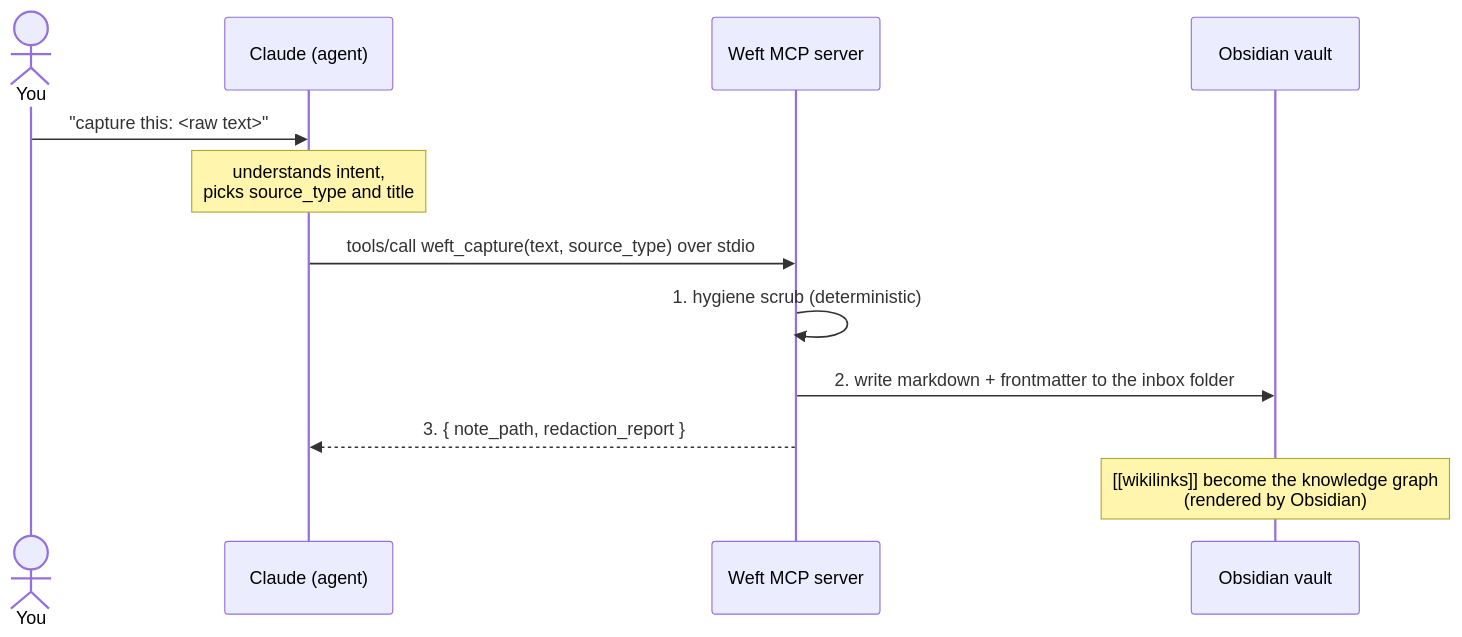
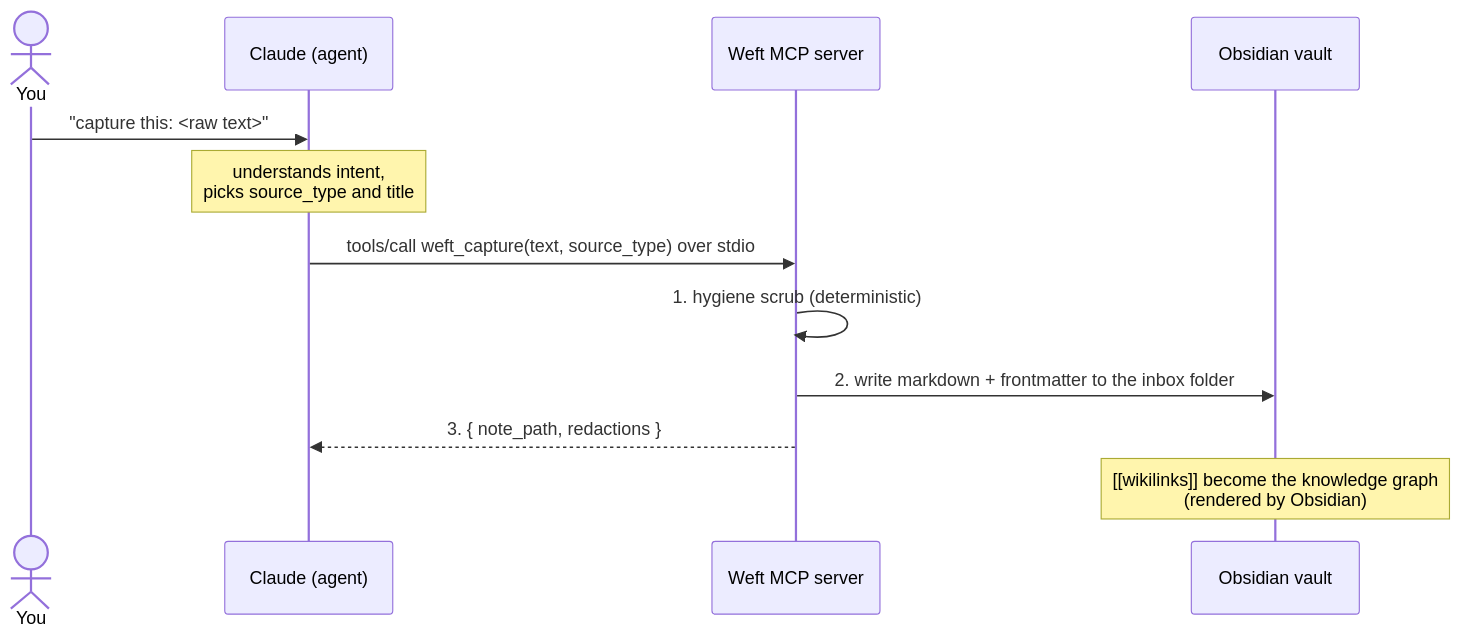
One commit to LuckyP86H/Weft changed the diagram in WEFT.md. Above: the diagram before and after it, drawn with Mermaid.

Commit message:
Docs: name the capture result field 'redactions' in the §1 diagram
The sequence diagram this PR adds calls the weft_capture result
'{ note_path, redaction_report }', but the tool's structured output
is { note_path, redactions, dry_run } — the same field the §4 fix on
the docs-vault-guide branch now names correctly. This diagram exists
only on this branch, so the correction lands here; §4's identical
mention is shared content and arrives via PR #11.

````diff
--- a/WEFT.md
+++ b/WEFT.md
@@ -23,14 +23,14 @@
 ```mermaid
 sequenceDiagram
     actor You
     participant Claude as Claude (agent)
     participant Weft as Weft MCP server
     participant Vault as Obsidian vault
     You->>Claude: "capture this: <raw text>"
     Note over Claude: understands intent,<br/>picks source_type and title
     Claude->>Weft: tools/call weft_capture(text, source_type) over stdio
     Weft->>Weft: 1. hygiene scrub (deterministic)
     Weft->>Vault: 2. write markdown + frontmatter to the inbox folder
-    Weft-->>Claude: 3. { note_path, redaction_report }
+    Weft-->>Claude: 3. { note_path, redactions }
     Note over Vault: [[wikilinks]] become the knowledge graph<br/>(rendered by Obsidian)
 ```
````
